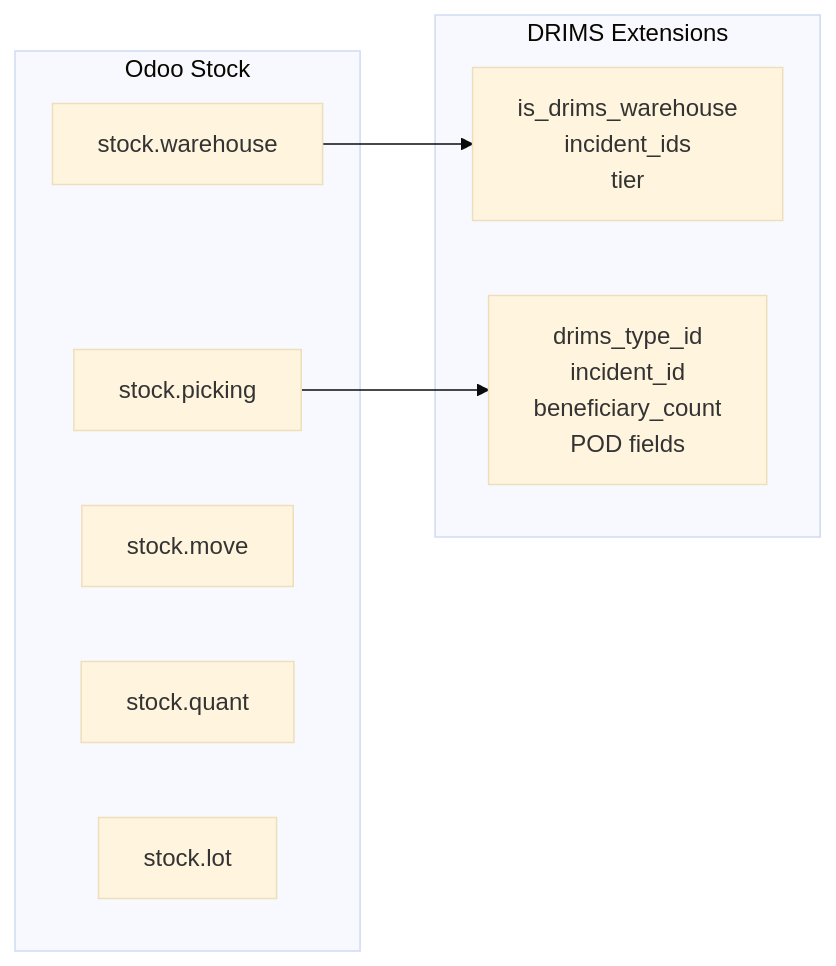
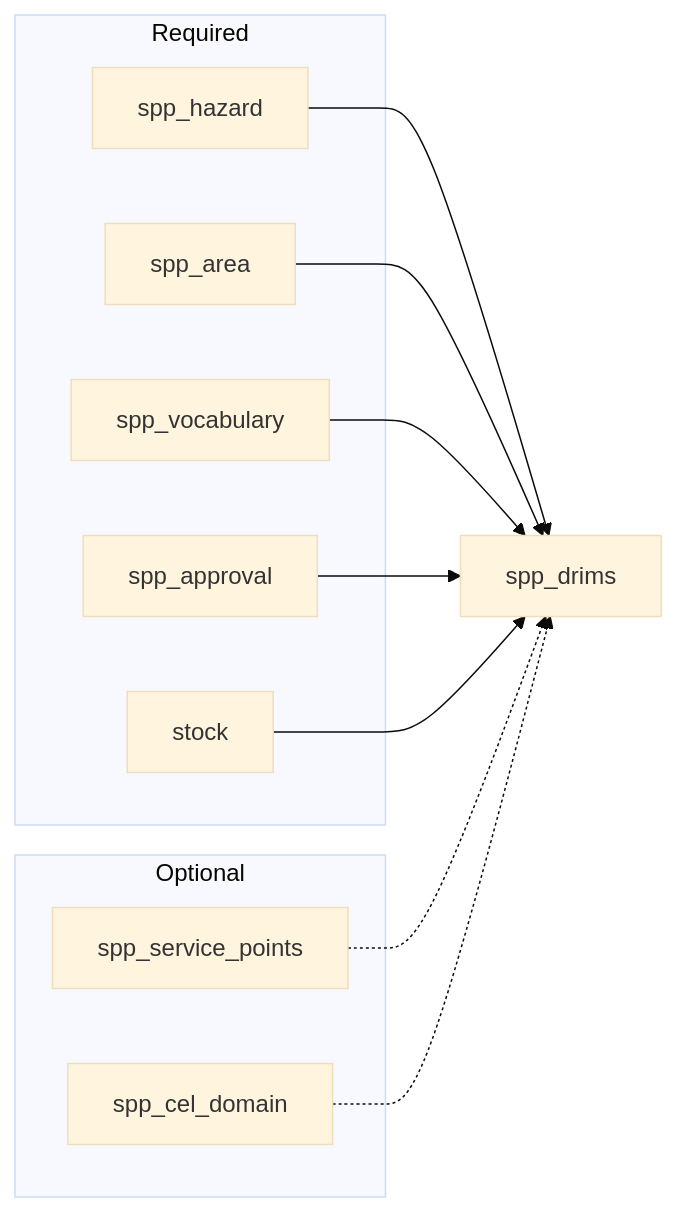
Before and after one commit to OpenSPP/documentation: the fourth of 4 diagrams in docs/developer_guide/drims/architecture.md, drawn with Mermaid (base theme). The commit also changed other lines of this file and 12 other files, not shown here.

````diff
--- a/docs/developer_guide/drims/architecture.md
+++ b/docs/developer_guide/drims/architecture.md
@@ -674,18 +175,25 @@
-```mermaid
+```{mermaid}
 graph LR
-    subgraph "Odoo Stock"
-        WH[stock.warehouse]
-        PCK[stock.picking]
-        MOV[stock.move]
-        QNT[stock.quant]
-        LOT[stock.lot]
+    subgraph "Required"
+        HAZ[spp_hazard]
+        AREA[spp_area]
+        VOC[spp_vocabulary]
+        APR[spp_approval]
+        STOCK[stock]
     end
 
-    subgraph "DRIMS Extensions"
-        WHE[is_drims_warehouse<br/>incident_ids<br/>tier]
-        PCKE[drims_type_id<br/>incident_id<br/>beneficiary_count<br/>POD fields]
+    subgraph "Optional"
+        SVC[spp_service_points]
+        CEL[spp_cel_domain]
     end
 
-    WH --> WHE
-    PCK --> PCKE
+    DRIMS[spp_drims]
+
+    HAZ --> DRIMS
+    AREA --> DRIMS
+    VOC --> DRIMS
+    APR --> DRIMS
+    STOCK --> DRIMS
+    SVC -.-> DRIMS
+    CEL -.-> DRIMS
 ```
````
